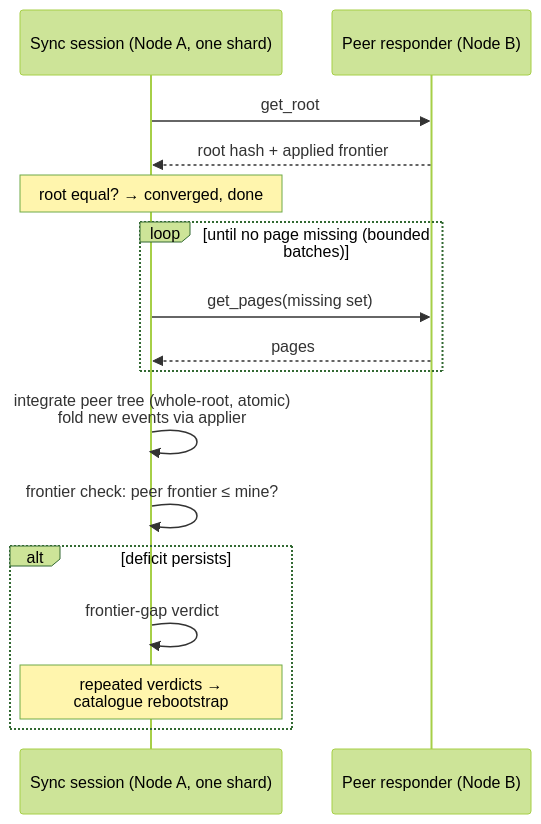
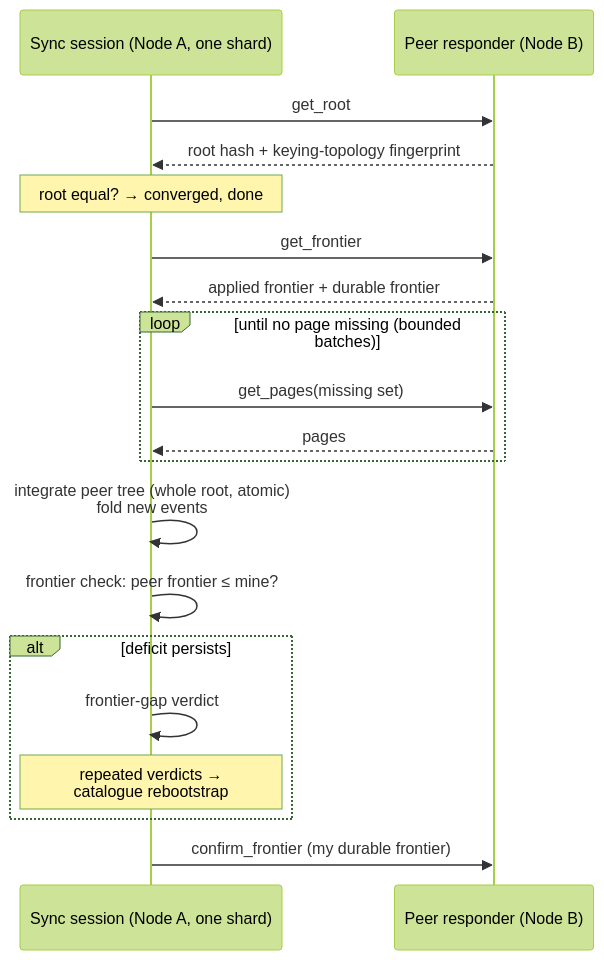
One commit to bondy-io/bondy changed the first of 2 diagrams in doc/guides/architecture/view_convergence.md. Above: the diagram before and after it, drawn with Mermaid (forest theme). The commit also changed other lines of this file and 449 other files, not shown here.

````diff
--- a/doc/guides/architecture/view_convergence.md
+++ b/doc/guides/architecture/view_convergence.md
@@ -16,18 +16,21 @@
 ```mermaid
 sequenceDiagram
     participant S as Sync session (Node A, one shard)
     participant P as Peer responder (Node B)
     S->>P: get_root
-    P-->>S: root hash + applied frontier
+    P-->>S: root hash + keying-topology fingerprint
     Note over S: root equal? → converged, done
+    S->>P: get_frontier
+    P-->>S: applied frontier + durable frontier
     loop until no page missing (bounded batches)
         S->>P: get_pages(missing set)
         P-->>S: pages
     end
-    S->>S: integrate peer tree (whole-root, atomic)<br/>fold new events via applier
+    S->>S: integrate peer tree (whole root, atomic)<br/>fold new events
     S->>S: frontier check: peer frontier ≤ mine?
     alt deficit persists
         S->>S: frontier-gap verdict
         Note over S: repeated verdicts →<br/>catalogue rebootstrap
     end
+    S->>P: confirm_frontier (my durable frontier)
 ```
````
